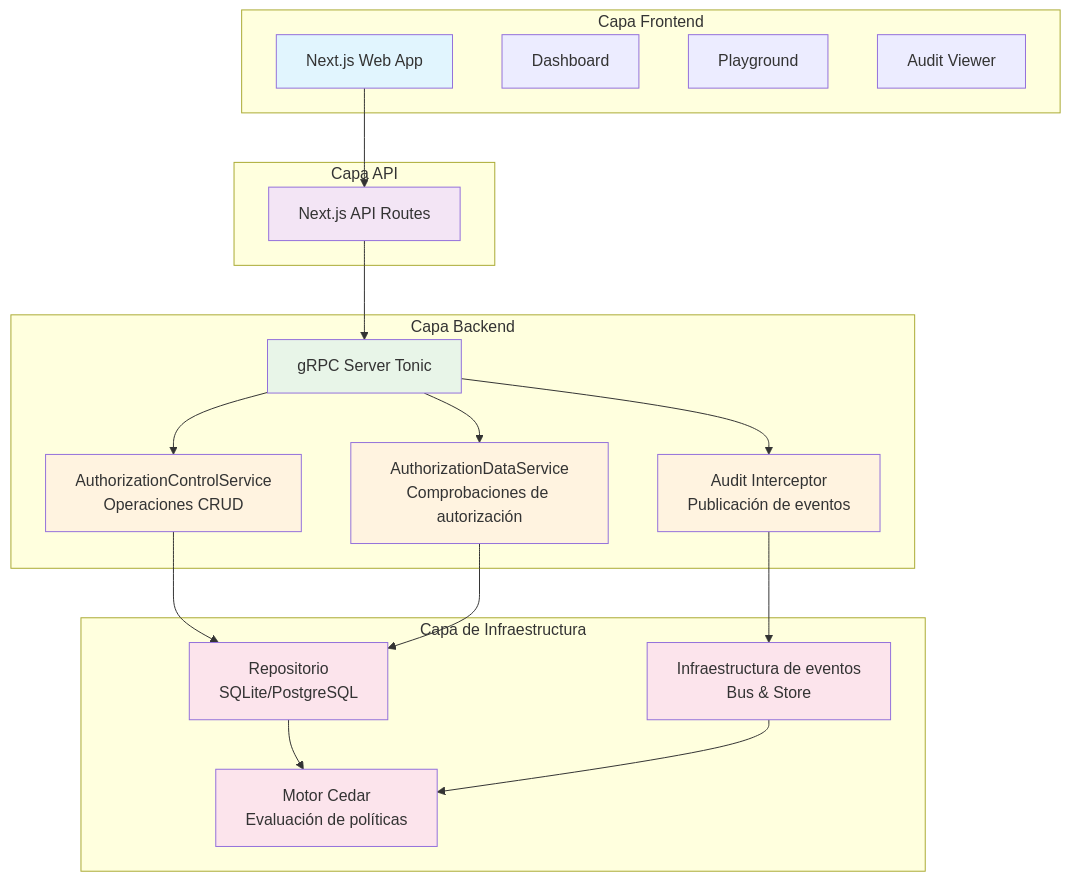
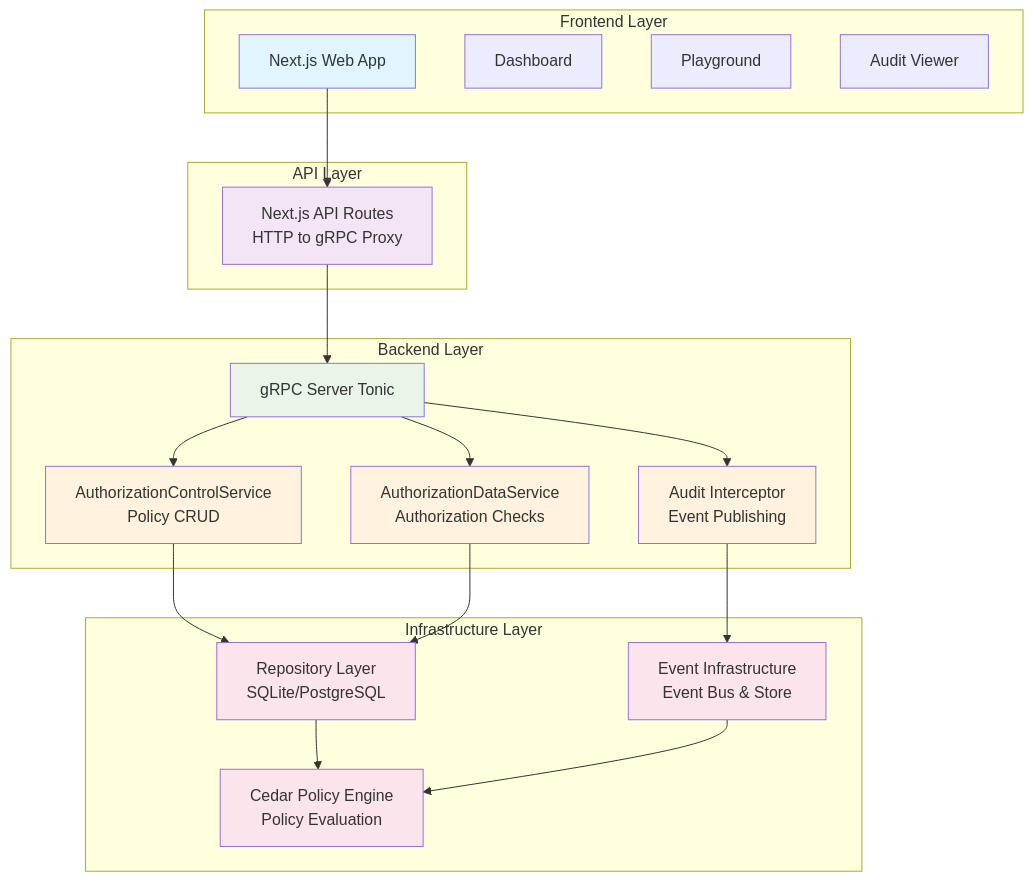
One commit to Rubentxu/hodei-verified-permissions changed the second of 2 diagrams in README.es.md. Above: the diagram before and after it, drawn with Mermaid. The commit also changed other lines of this file and 1 other file, not shown here.

````diff
--- a/README.es.md
+++ b/README.es.md
@@ -47,47 +119,47 @@
 ```mermaid
 graph TD
-    subgraph "Capa Frontend"
+    subgraph "Frontend Layer"
         A["Next.js Web App"]
         A1["Dashboard"]
         A2["Playground"]
         A3["Audit Viewer"]
     end
 
-    subgraph "Capa API"
-        B["Next.js API Routes"]
+    subgraph "API Layer"
+        B["Next.js API Routes<br/>HTTP to gRPC Proxy"]
     end
 
-    subgraph "Capa Backend"
+    subgraph "Backend Layer"
         C["gRPC Server Tonic"]
-        D["AuthorizationControlService<br/>Operaciones CRUD"]
-        E["AuthorizationDataService<br/>Comprobaciones de autorización"]
-        F["Audit Interceptor<br/>Publicación de eventos"]
+        D["AuthorizationControlService<br/>Policy CRUD"]
+        E["AuthorizationDataService<br/>Authorization Checks"]
+        F["Audit Interceptor<br/>Event Publishing"]
     end
 
-    subgraph "Capa de Infraestructura"
-        G["Repositorio<br/>SQLite/PostgreSQL"]
-        H["Infraestructura de eventos<br/>Bus & Store"]
-        I["Motor Cedar<br/>Evaluación de políticas"]
+    subgraph "Infrastructure Layer"
+        G["Repository Layer<br/>SQLite/PostgreSQL"]
+        H["Event Infrastructure<br/>Event Bus & Store"]
+        I["Cedar Policy Engine<br/>Policy Evaluation"]
     end
 
     A --> B
     B --> C
     C --> D
     C --> E
     C --> F
     D --> G
     E --> G
     F --> H
     G --> I
     H --> I
 
     style A fill:#e1f5fe
     style B fill:#f3e5f5
     style C fill:#e8f5e8
     style D fill:#fff3e0
     style E fill:#fff3e0
     style F fill:#fff3e0
     style G fill:#fce4ec
     style H fill:#fce4ec
     style I fill:#fce4ec
 ```
````
